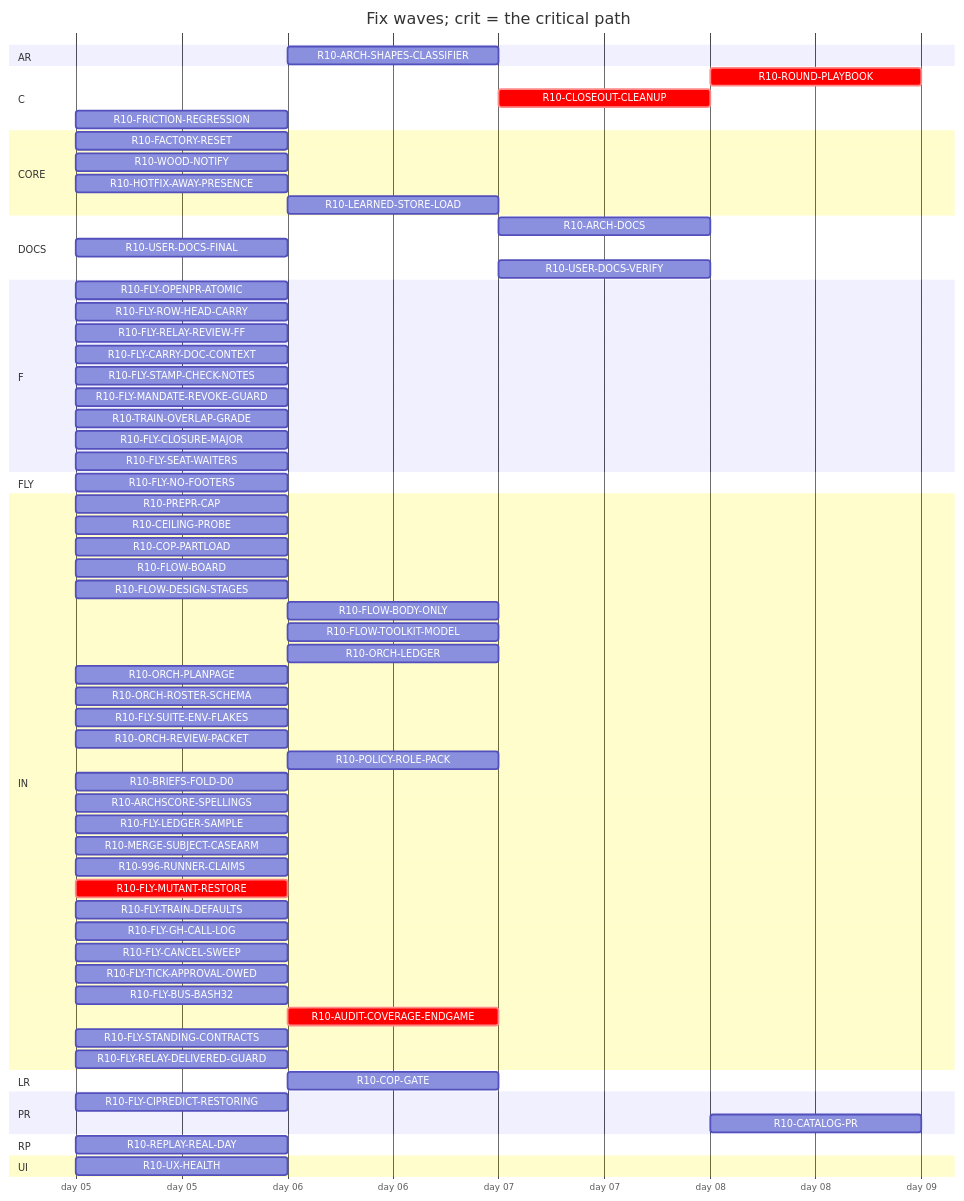
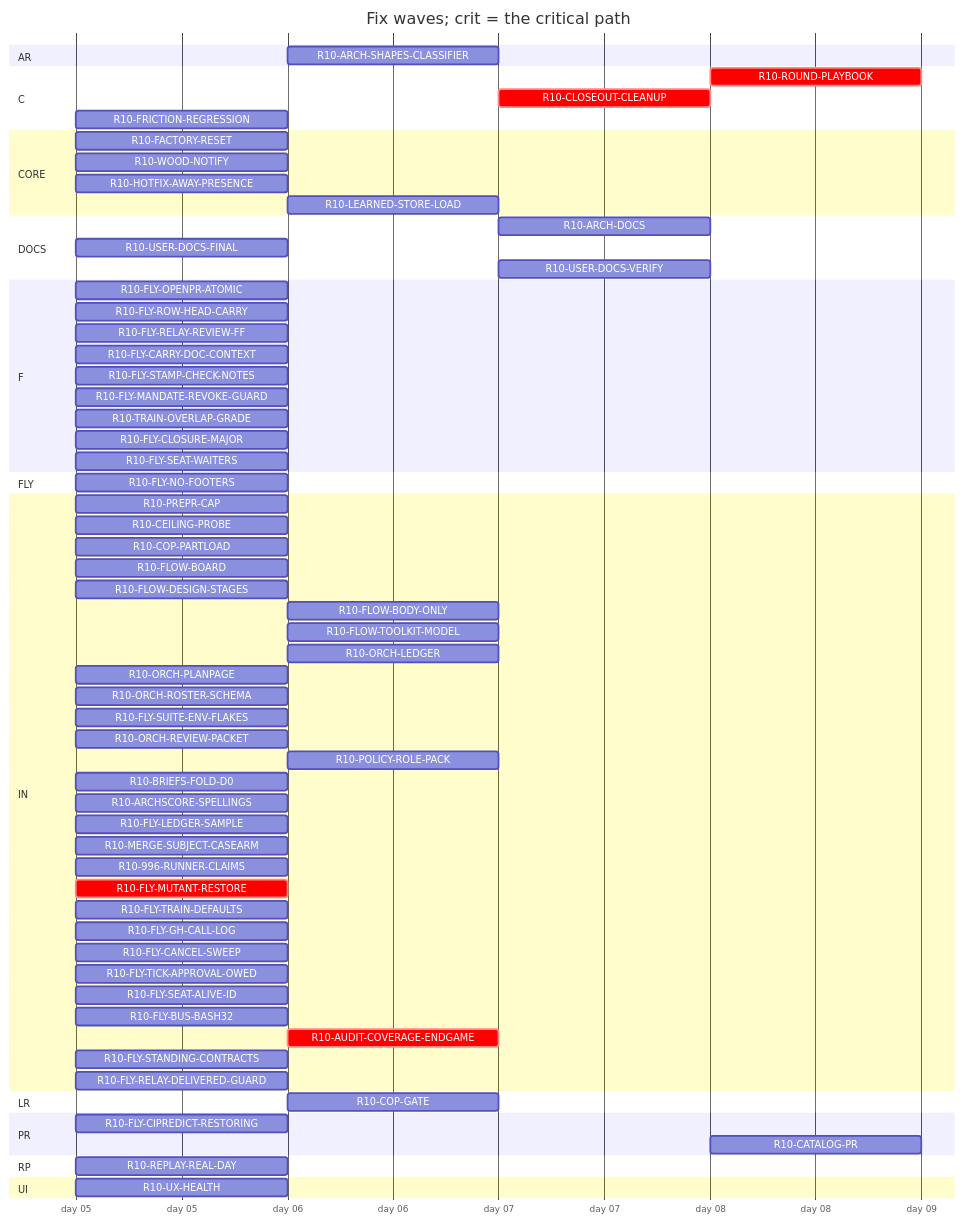
One commit to tvofi/heatpump_optimizer changed the diagram in handoff/round10/state/PLAN-TABLE.md. Above: the diagram before and after it, drawn with Mermaid. The commit also changed other lines of this file and 4 other files, not shown here.

Commit message:
state: FLOW-BOARD.md, NEXT-SESSION-PROMPT.md, PLAN-TABLE.md, PLAN.html, RESUME-CURRENT.md regenerated (state_docs.py)

````diff
--- a/handoff/round10/state/PLAN-TABLE.md
+++ b/handoff/round10/state/PLAN-TABLE.md
@@ -24,70 +24,71 @@
 ```mermaid
 gantt
   title Fix waves; crit = the critical path
   dateFormat YYYY-MM-DD
   axisFormat day %d
   section AR
     R10-ARCH-SHAPES-CLASSIFIER :r10ARCHSHAPESCLASSIFIER, after r10996RUNNERCLAIMS, 1d
   section C
     R10-ROUND-PLAYBOOK :crit, r10ROUNDPLAYBOOK, after r10ORCHLEDGER r10ORCHPLANPAGE r10FLYRELAYREVIEWFF r10FLOWBODYONLY r10AUDITCOVERAGEENDGAME r10FLOWDESIGNSTAGES r10ORCHROSTERSCHEMA r10FLOWTOOLKITMODEL r10TRAINOVERLAPGRADE r10FLYTRAINDEFAULTS r10FLYCANCELSWEEP r10POLICYROLEPACK r10ORCHREVIEWPACKET r10FLOWBOARD r10CLOSEOUTCLEANUP, 1d
     R10-CLOSEOUT-CLEANUP :crit, r10CLOSEOUTCLEANUP, after r10AUDITCOVERAGEENDGAME, 1d
     R10-FRICTION-REGRESSION :r10FRICTIONREGRESSION, 2026-01-05, 1d
   section CORE
     R10-FACTORY-RESET :r10FACTORYRESET, 2026-01-05, 1d
     R10-WOOD-NOTIFY :r10WOODNOTIFY, 2026-01-05, 1d
     R10-HOTFIX-AWAY-PRESENCE :r10HOTFIXAWAYPRESENCE, 2026-01-05, 1d
     R10-LEARNED-STORE-LOAD :r10LEARNEDSTORELOAD, after r10FACTORYRESET, 1d
   section DOCS
     R10-ARCH-DOCS :r10ARCHDOCS, after r10COPGATE r10UXHEALTH r10CEILINGPROBE r10COPPARTLOAD r10FLOWBOARD r10FLOWDESIGNSTAGES r10FLOWBODYONLY r10FLYOPENPRATOMIC r10FLYROWHEADCARRY r10FLYRELAYREVIEWFF r10FLYCARRYDOCCONTEXT r10FLOWTOOLKITMODEL r10FLYSTAMPCHECKNOTES r10FLYMANDATEREVOKEGUARD r10TRAINOVERLAPGRADE r10FLYSUITEENVFLAKES r10ORCHLEDGER r10ORCHPLANPAGE r10ORCHROSTERSCHEMA r10ORCHREVIEWPACKET r10POLICYROLEPACK r10BRIEFSFOLDD0 r10REPLAYREALDAY r10ARCHSCORESPELLINGS r10FLYLEDGERSAMPLE, 1d
     R10-USER-DOCS-FINAL :r10USERDOCSFINAL, 2026-01-05, 1d
     R10-USER-DOCS-VERIFY :r10USERDOCSVERIFY, after r10COPGATE r10UXHEALTH r10CEILINGPROBE r10COPPARTLOAD r10FACTORYRESET r10WOODNOTIFY r10USERDOCSFINAL r10ARCHSHAPESCLASSIFIER r10HOTFIXAWAYPRESENCE, 1d
   section F
     R10-FLY-OPENPR-ATOMIC :r10FLYOPENPRATOMIC, 2026-01-05, 1d
     R10-FLY-ROW-HEAD-CARRY :r10FLYROWHEADCARRY, 2026-01-05, 1d
     R10-FLY-RELAY-REVIEW-FF :r10FLYRELAYREVIEWFF, 2026-01-05, 1d
     R10-FLY-CARRY-DOC-CONTEXT :r10FLYCARRYDOCCONTEXT, 2026-01-05, 1d
     R10-FLY-STAMP-CHECK-NOTES :r10FLYSTAMPCHECKNOTES, 2026-01-05, 1d
     R10-FLY-MANDATE-REVOKE-GUARD :r10FLYMANDATEREVOKEGUARD, 2026-01-05, 1d
     R10-TRAIN-OVERLAP-GRADE :r10TRAINOVERLAPGRADE, 2026-01-05, 1d
     R10-FLY-CLOSURE-MAJOR :r10FLYCLOSUREMAJOR, 2026-01-05, 1d
     R10-FLY-SEAT-WAITERS :r10FLYSEATWAITERS, 2026-01-05, 1d
   section FLY
     R10-FLY-NO-FOOTERS :r10FLYNOFOOTERS, 2026-01-05, 1d
   section IN
     R10-PREPR-CAP :r10PREPRCAP, 2026-01-05, 1d
     R10-CEILING-PROBE :r10CEILINGPROBE, 2026-01-05, 1d
     R10-COP-PARTLOAD :r10COPPARTLOAD, 2026-01-05, 1d
     R10-FLOW-BOARD :r10FLOWBOARD, 2026-01-05, 1d
     R10-FLOW-DESIGN-STAGES :r10FLOWDESIGNSTAGES, 2026-01-05, 1d
     R10-FLOW-BODY-ONLY :r10FLOWBODYONLY, after r10FLYOPENPRATOMIC, 1d
     R10-FLOW-TOOLKIT-MODEL :r10FLOWTOOLKITMODEL, after r10ORCHPLANPAGE r10FLYCANCELSWEEP, 1d
     R10-ORCH-LEDGER :r10ORCHLEDGER, after r10FLYCANCELSWEEP, 1d
     R10-ORCH-PLANPAGE :r10ORCHPLANPAGE, 2026-01-05, 1d
     R10-ORCH-ROSTER-SCHEMA :r10ORCHROSTERSCHEMA, 2026-01-05, 1d
     R10-FLY-SUITE-ENV-FLAKES :r10FLYSUITEENVFLAKES, 2026-01-05, 1d
     R10-ORCH-REVIEW-PACKET :r10ORCHREVIEWPACKET, 2026-01-05, 1d
     R10-POLICY-ROLE-PACK :r10POLICYROLEPACK, after r10FLOWDESIGNSTAGES, 1d
     R10-BRIEFS-FOLD-D0 :r10BRIEFSFOLDD0, 2026-01-05, 1d
     R10-ARCHSCORE-SPELLINGS :r10ARCHSCORESPELLINGS, 2026-01-05, 1d
     R10-FLY-LEDGER-SAMPLE :r10FLYLEDGERSAMPLE, 2026-01-05, 1d
     R10-MERGE-SUBJECT-CASEARM :r10MERGESUBJECTCASEARM, 2026-01-05, 1d
     R10-996-RUNNER-CLAIMS :r10996RUNNERCLAIMS, 2026-01-05, 1d
     R10-FLY-MUTANT-RESTORE :crit, r10FLYMUTANTRESTORE, 2026-01-05, 1d
     R10-FLY-TRAIN-DEFAULTS :r10FLYTRAINDEFAULTS, 2026-01-05, 1d
     R10-FLY-GH-CALL-LOG :r10FLYGHCALLLOG, 2026-01-05, 1d
     R10-FLY-CANCEL-SWEEP :r10FLYCANCELSWEEP, 2026-01-05, 1d
     R10-FLY-TICK-APPROVAL-OWED :r10FLYTICKAPPROVALOWED, 2026-01-05, 1d
+    R10-FLY-SEAT-ALIVE-ID :r10FLYSEATALIVEID, 2026-01-05, 1d
     R10-FLY-BUS-BASH32 :r10FLYBUSBASH32, 2026-01-05, 1d
     R10-AUDIT-COVERAGE-ENDGAME :crit, r10AUDITCOVERAGEENDGAME, after r10FLYMUTANTRESTORE r10996RUNNERCLAIMS, 1d
     R10-FLY-STANDING-CONTRACTS :r10FLYSTANDINGCONTRACTS, 2026-01-05, 1d
     R10-FLY-RELAY-DELIVERED-GUARD :r10FLYRELAYDELIVEREDGUARD, 2026-01-05, 1d
   section LR
     R10-COP-GATE :r10COPGATE, after r10CEILINGPROBE, 1d
   section PR
     R10-FLY-CIPREDICT-RESTORING :r10FLYCIPREDICTRESTORING, 2026-01-05, 1d
     R10-CATALOG-PR :r10CATALOGPR, after r10USERDOCSVERIFY r10AUDITCOVERAGEENDGAME, 1d
   section RP
     R10-REPLAY-REAL-DAY :r10REPLAYREALDAY, 2026-01-05, 1d
   section UI
     R10-UX-HEALTH :r10UXHEALTH, 2026-01-05, 1d
 ```
````
